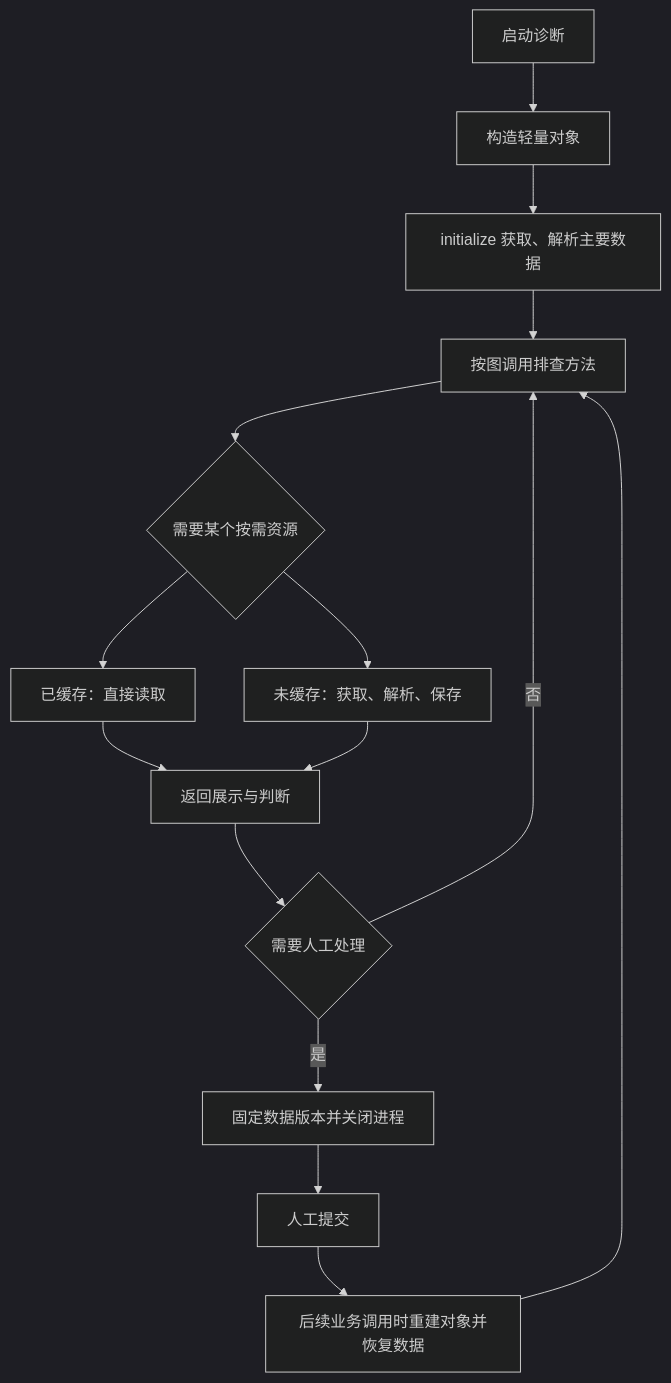
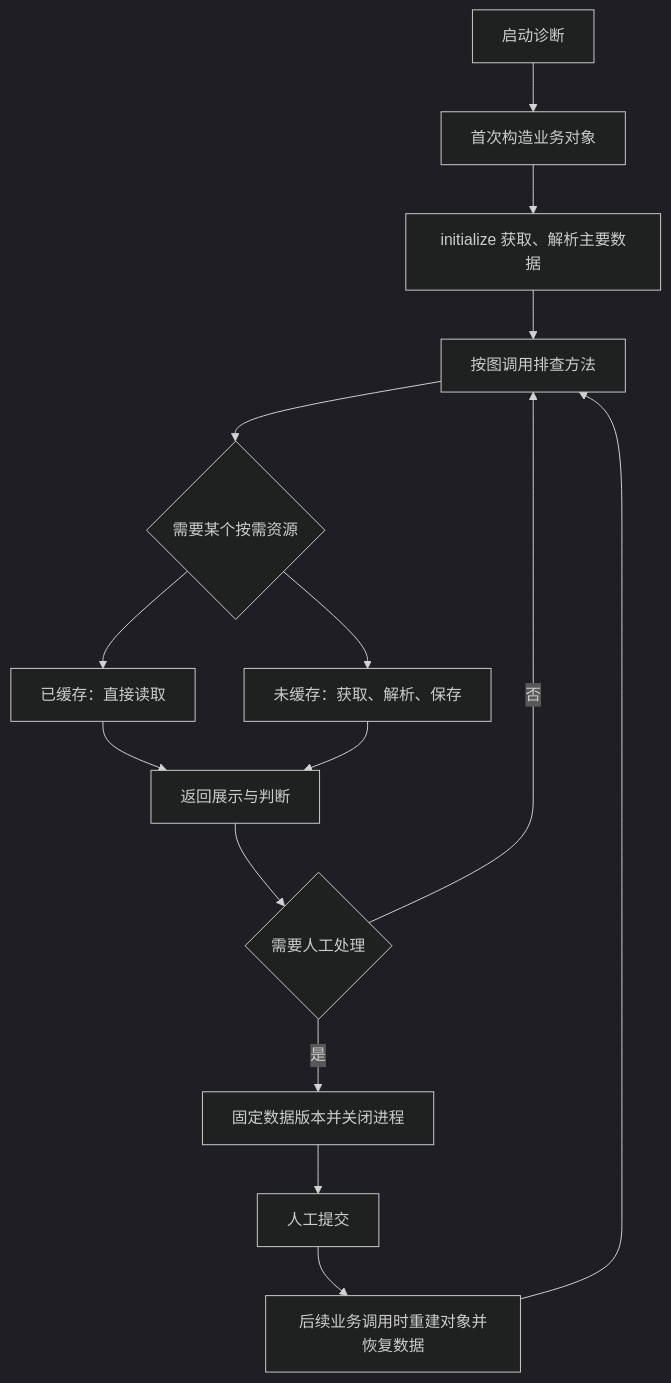
Before and after one commit to JeBooking/NewDiag: the diagram in docs/diagnosis-development-guide.md, drawn with Mermaid (dark theme). The commit also changed other lines of this file and 13 other files, not shown here.

````diff
--- a/docs/diagnosis-development-guide.md
+++ b/docs/diagnosis-development-guide.md
@@ -24,17 +24,17 @@
 ```mermaid
 flowchart TD
-    A[启动诊断] --> B[构造轻量对象]
+    A[启动诊断] --> B[首次构造业务对象]
     B --> C[initialize 获取、解析主要数据]
     C --> D[按图调用排查方法]
     D --> E{需要某个按需资源}
     E --> F[已缓存：直接读取]
     E --> G[未缓存：获取、解析、保存]
     F --> H[返回展示与判断]
     G --> H
     H --> I{需要人工处理}
     I -->|否| D
     I -->|是| J[固定数据版本并关闭进程]
     J --> K[人工提交]
     K --> L[后续业务调用时重建对象并恢复数据]
     L --> D
 ```
````
